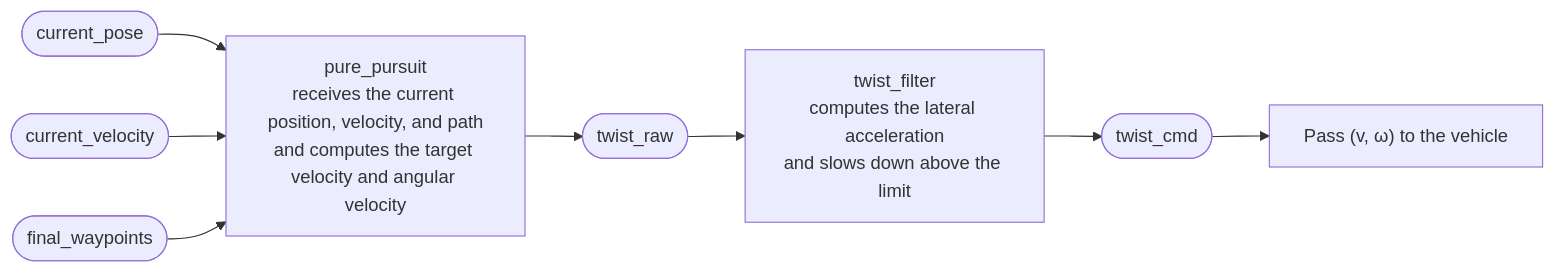
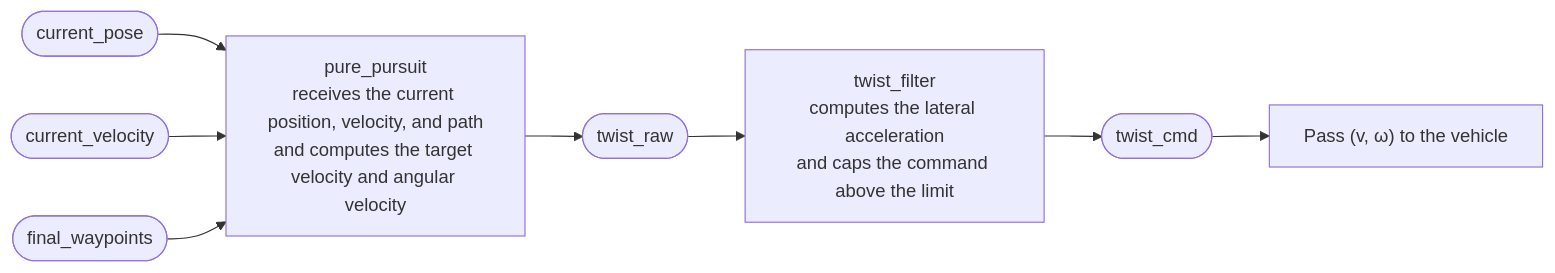
Before and after one commit to Choroning/25Spring_Autonomous-Mobile-Robot: the seventh of 7 diagrams in Lecture-Notes/Week03_Autoware-Localization-and-Path-Planning/Concepts_Lecture.md, drawn with Mermaid. The commit also changed other lines of this file and 37 other files, not shown here.

````diff
--- a/Lecture-Notes/Week03_Autoware-Localization-and-Path-Planning/Concepts_Lecture.md
+++ b/Lecture-Notes/Week03_Autoware-Localization-and-Path-Planning/Concepts_Lecture.md
@@ -564,10 +566,10 @@
 ```mermaid
 flowchart LR
     CP(["current_pose"]) --> PP["pure_pursuit<br>receives the current position, velocity, and path<br>and computes the target velocity and angular velocity"]
     CV(["current_velocity"]) --> PP
     FW(["final_waypoints"]) --> PP
     PP --> TR(["twist_raw"])
-    TR --> TF["twist_filter<br>computes the lateral acceleration<br>and slows down above the limit"]
+    TR --> TF["twist_filter<br>computes the lateral acceleration<br>and caps the command above the limit"]
     TF --> TC(["twist_cmd"])
     TC --> V["Pass (v, ω) to the vehicle"]
 ```
````
